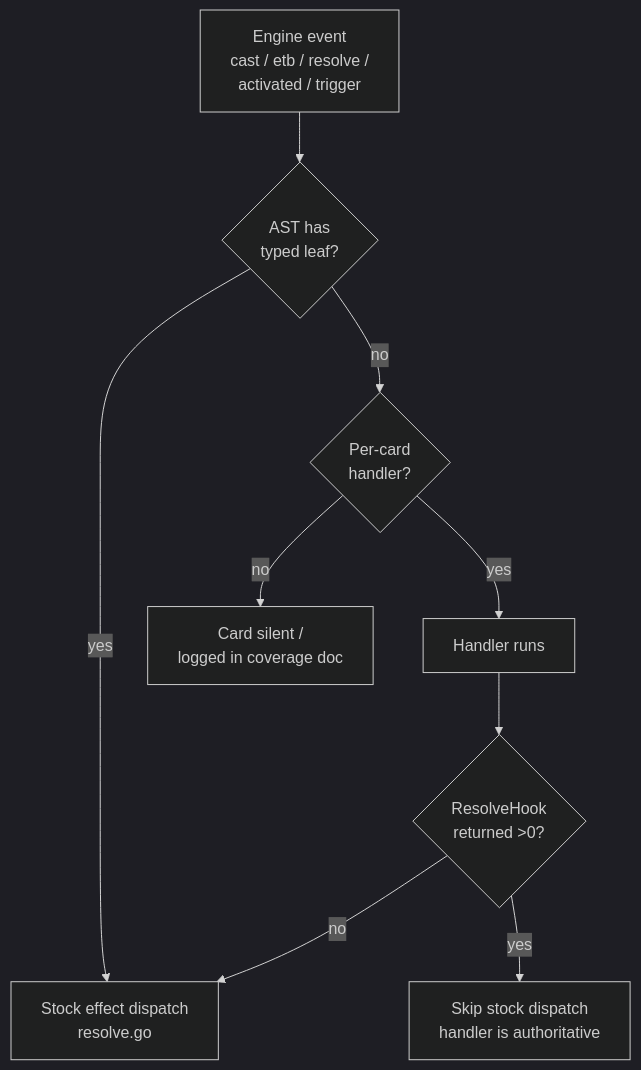
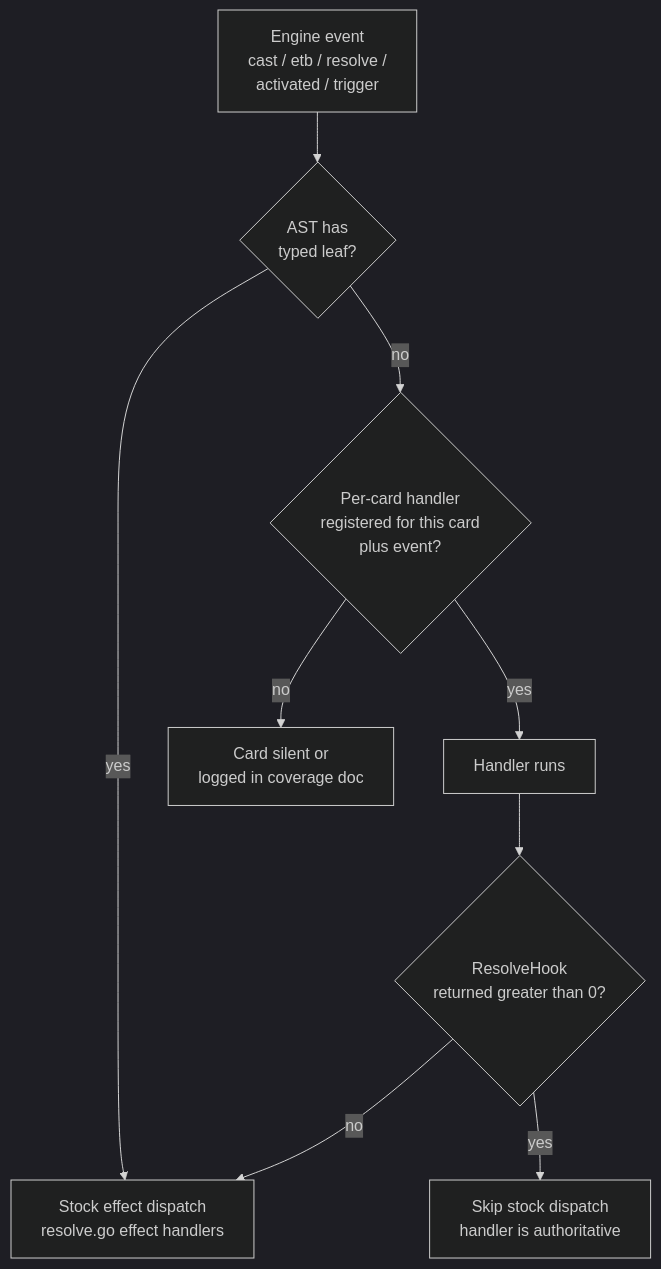
Before and after one commit to HexDek/HexDek: the second of 3 diagrams in docs/Per-Card Handlers.md, drawn with Mermaid (dark theme). The commit also changed other lines of this file and 18 other files, not shown here.

````diff
--- a/docs/Per-Card Handlers.md
+++ b/docs/Per-Card Handlers.md
@@ -11,11 +52,11 @@
 ```mermaid
 flowchart TD
     Event[Engine event<br/>cast / etb / resolve /<br/>activated / trigger] --> AST{AST has<br/>typed leaf?}
-    AST -- yes --> Stock[Stock effect dispatch<br/>resolve.go]
-    AST -- no --> Hook{Per-card<br/>handler?}
+    AST -- yes --> Stock[Stock effect dispatch<br/>resolve.go effect handlers]
+    AST -- no --> Hook{Per-card handler<br/>registered for this card<br/>plus event?}
     Hook -- yes --> Run[Handler runs]
-    Run --> AuthBlock{ResolveHook<br/>returned >0?}
+    Run --> AuthBlock{ResolveHook<br/>returned greater than 0?}
     AuthBlock -- yes --> Skip[Skip stock dispatch<br/>handler is authoritative]
     AuthBlock -- no --> Stock
-    Hook -- no --> Unsupported[Card silent /<br/>logged in coverage doc]
+    Hook -- no --> Unsupported[Card silent or<br/>logged in coverage doc]
 ```
````
